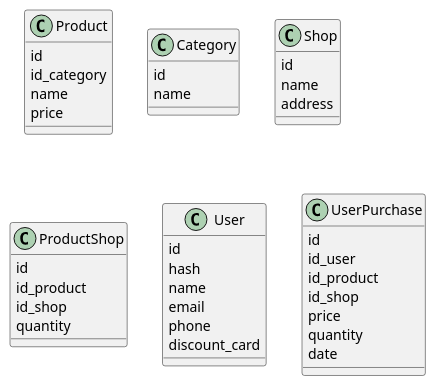
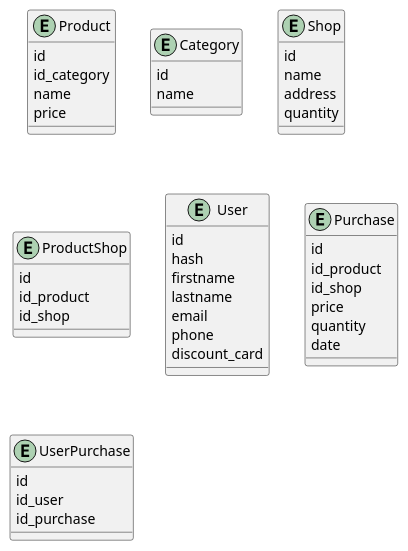
The diagram in back/review/Internet-Shop.puml (AntonenkoTymofii/ShopReview), drawn with PlantUML before and after one commit. The commit also changed 16 other files, not shown here.

```diff
--- a/back/review/Internet-Shop.puml
+++ b/back/review/Internet-Shop.puml
@@ -1,48 +1,54 @@
 @startuml
 'https://plantuml.com/class-diagram
 
-class Product {
+entity Product {
     id
     id_category
     name
     price
 }
 
-class Category {
+entity Category {
     id
     name
 }
 
-class Shop {
+entity Shop {
     id
     name
     address
+    quantity
 }
 
-class ProductShop {
+entity ProductShop {
     id
     id_product
     id_shop
-    quantity
 }
 
-class User {
+entity User {
     id
     hash
-    name
+    firstname
+    lastname
     email
     phone
     discount_card
 }
 
-class UserPurchase {
+entity Purchase {
     id
-    id_user
     id_product
     id_shop
     price
     quantity
     date
 }
 
+entity UserPurchase {
+    id
+    id_user
+    id_purchase
+}
+
 @enduml
```
